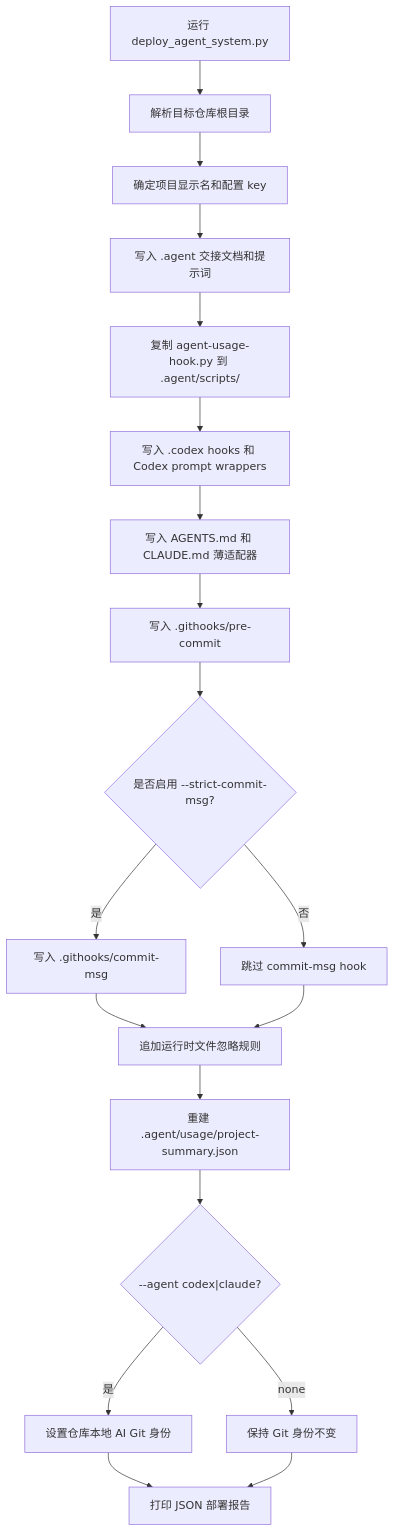
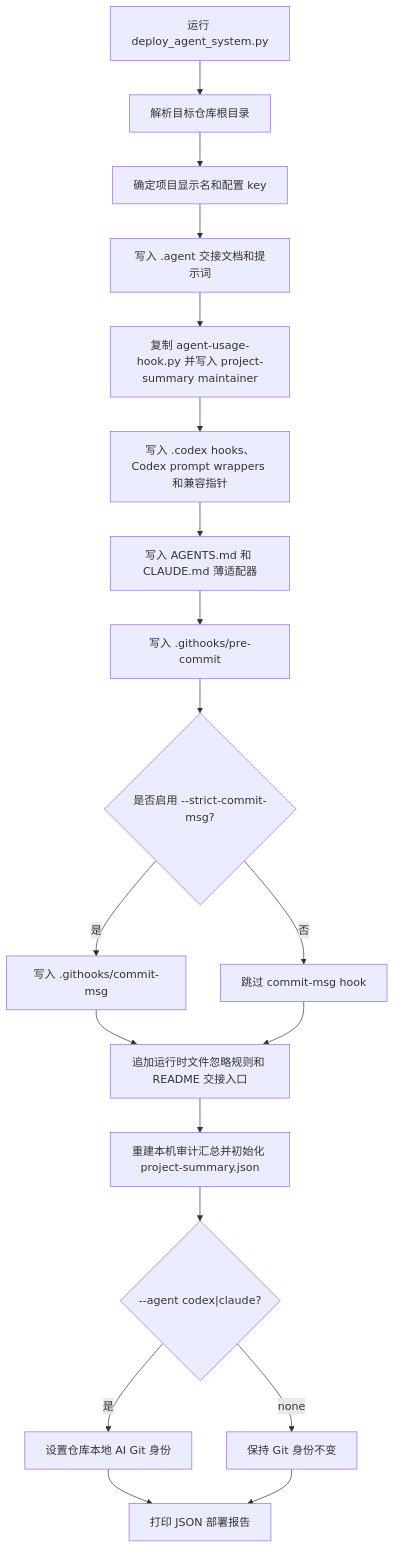
One commit to netlayer-team/agent-handoff-metrics-bootstrap changed the second of 6 diagrams in docs/design_zh.md. Above: the diagram before and after it, drawn with Mermaid. The commit also changed other lines of this file and 6 other files, not shown here.

Commit message:
feat(metrics): add task-level value summary maintainer

````diff
--- a/docs/design_zh.md
+++ b/docs/design_zh.md
@@ -68,21 +74,21 @@
 ```mermaid
 flowchart TD
   A["运行 deploy_agent_system.py"] --> B["解析目标仓库根目录"]
   B --> C["确定项目显示名和配置 key"]
   C --> D["写入 .agent 交接文档和提示词"]
-  D --> E["复制 agent-usage-hook.py 到 .agent/scripts/"]
-  E --> F["写入 .codex hooks 和 Codex prompt wrappers"]
+  D --> E["复制 agent-usage-hook.py 并写入 project-summary maintainer"]
+  E --> F["写入 .codex hooks、Codex prompt wrappers 和兼容指针"]
   F --> G["写入 AGENTS.md 和 CLAUDE.md 薄适配器"]
   G --> H["写入 .githooks/pre-commit"]
   H --> I{"是否启用 --strict-commit-msg?"}
   I -- 是 --> J["写入 .githooks/commit-msg"]
   I -- 否 --> K["跳过 commit-msg hook"]
-  J --> L["追加运行时文件忽略规则"]
+  J --> L["追加运行时文件忽略规则和 README 交接入口"]
   K --> L
-  L --> M["重建 .agent/usage/project-summary.json"]
+  L --> M["重建本机审计汇总并初始化 project-summary.json"]
   M --> N{"--agent codex|claude?"}
   N -- 是 --> O["设置仓库本地 AI Git 身份"]
   N -- none --> P["保持 Git 身份不变"]
   O --> Q["打印 JSON 部署报告"]
   P --> Q
 ```
````
